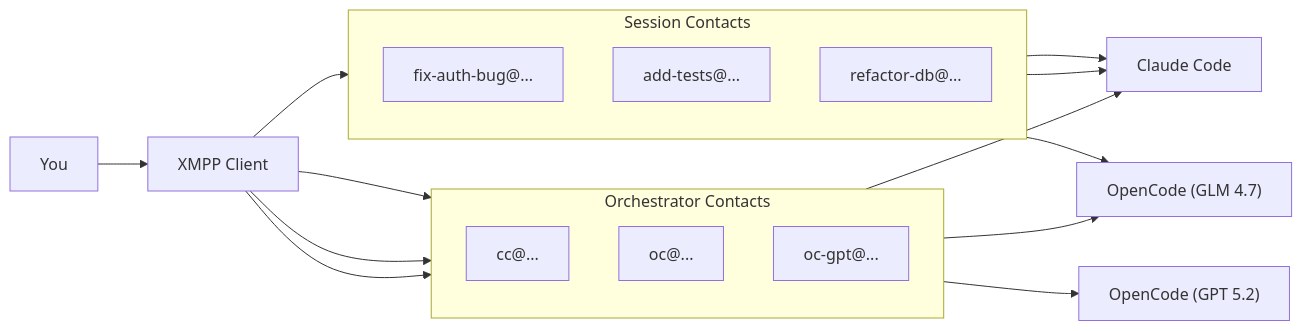
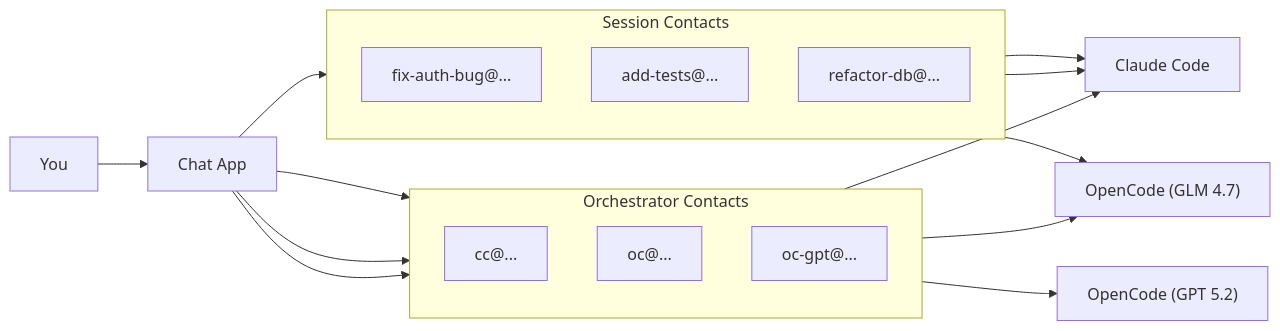
The second of 2 diagrams in README.md (0xrin1/switch), drawn with Mermaid before and after one commit. The commit also changed other lines of this file, not shown here.

First line of the commit message:
docs: improve README clarity and replace XMPP references where appropriate

````diff
--- a/README.md
+++ b/README.md
@@ -98,30 +102,30 @@
 ```mermaid
 flowchart LR
-    You --> Client[XMPP Client]
+    You --> Client[Chat App]
     subgraph Orchestrators["Orchestrator Contacts"]
         direction TB
         cc["cc@..."]
         oc["oc@..."]
         ocgpt["oc-gpt@..."]
     end
 
     subgraph Sessions["Session Contacts"]
         direction TB
         s1["fix-auth-bug@..."]
         s2["add-tests@..."]
         s3["refactor-db@..."]
     end
 
     Client --> cc
     Client --> oc
     Client --> ocgpt
     Client --> Sessions
 
     cc --> Claude[Claude Code]
     oc --> GLM["OpenCode (GLM 4.7)"]
     ocgpt --> GPT["OpenCode (GPT 5.2)"]
 
     s1 --> Claude
     s2 --> GLM
     s3 --> Claude
 ```
````
